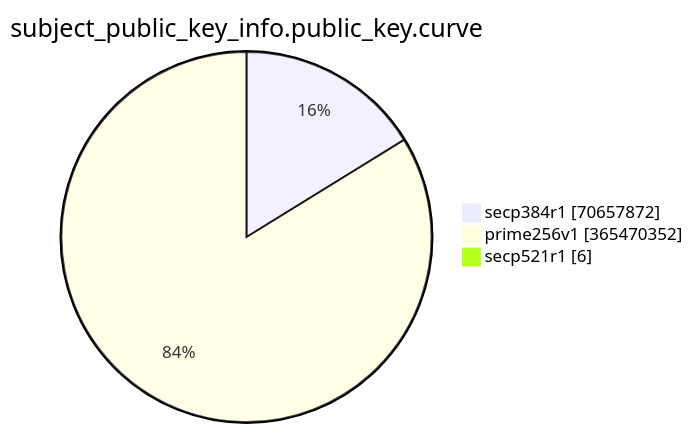
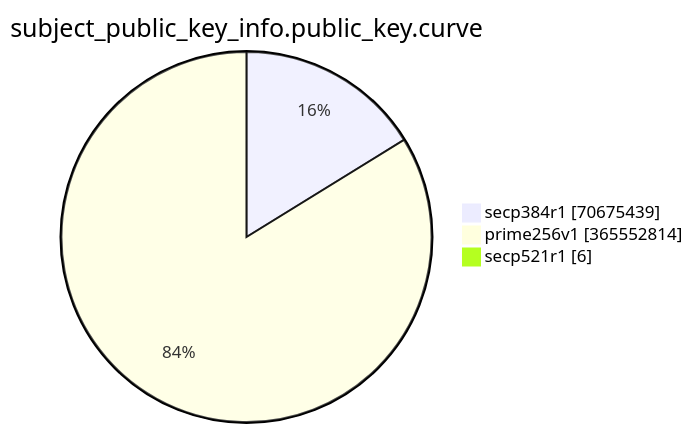
Before and after one commit to christiankrug/ctmonitor_visualization: the eighth of 15 diagrams in TOTAL/README.md, drawn with Mermaid. The commit also changed other lines of this file, not shown here.

````diff
--- a/TOTAL/README.md
+++ b/TOTAL/README.md
@@ -3092,7 +3092,7 @@
 ```mermaid
 pie showData
 title subject_public_key_info.public_key.curve
-"secp384r1" :70657872
-"prime256v1" :365470352
+"secp384r1" :70675439
+"prime256v1" :365552814
 "secp521r1" :6
 ```
````
